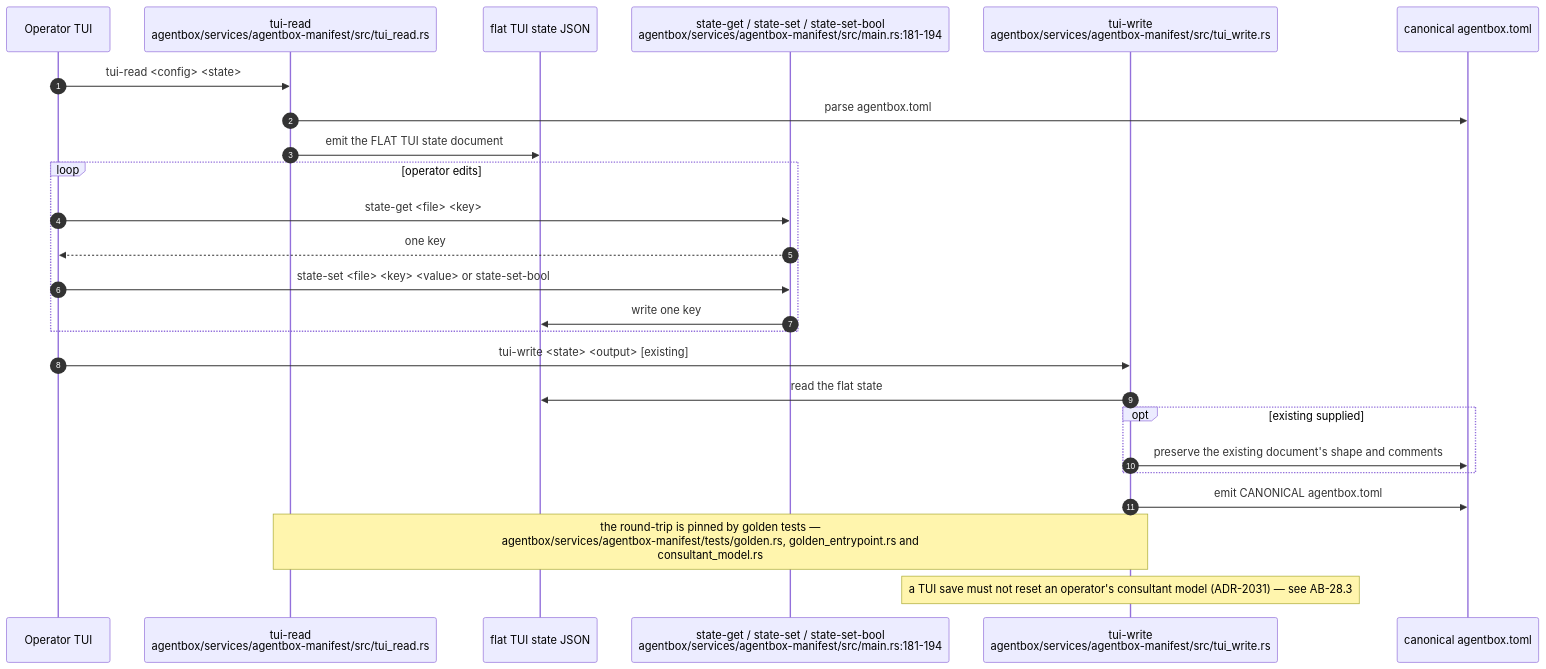
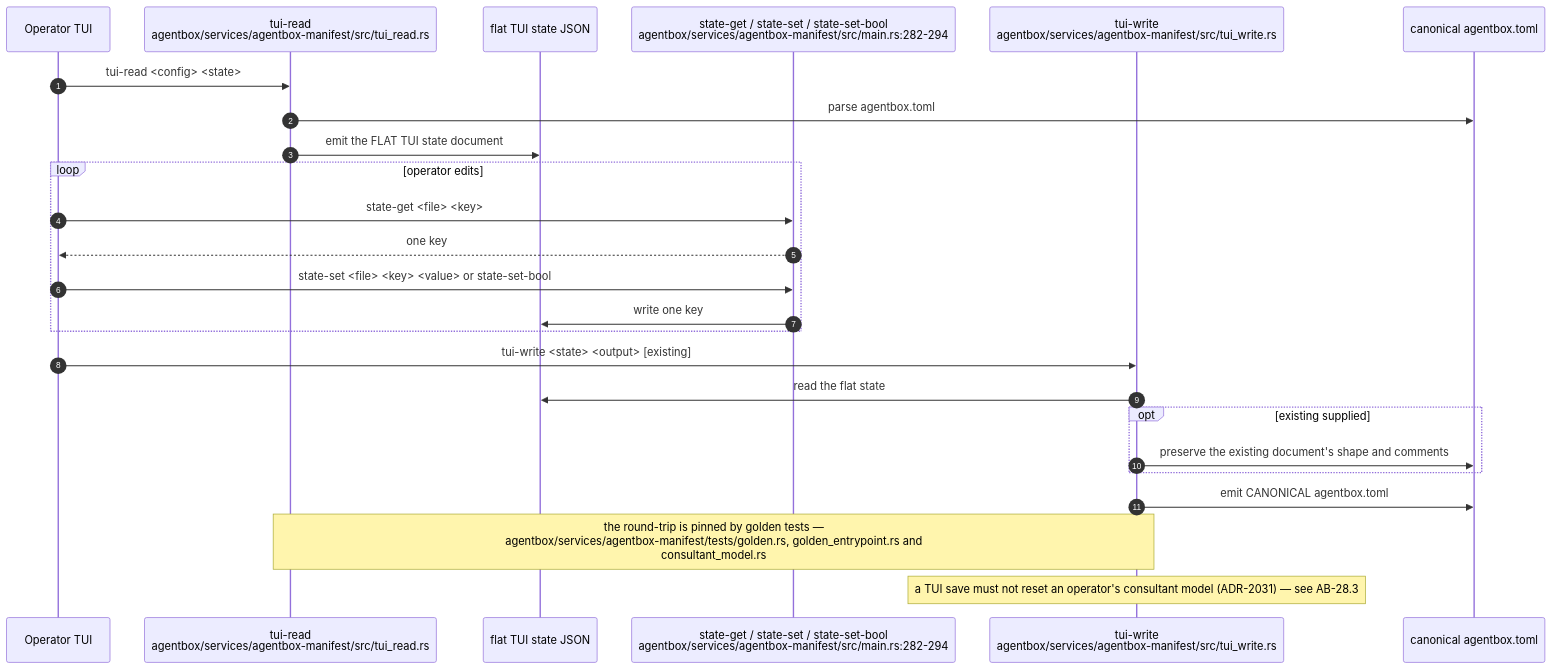
One commit to DreamLab-AI/VisionFlow changed the fourth of 10 diagrams in docs/diagrams/agentbox/28-agentbox-services-and-manifest-binary.md. Above: the diagram before and after it, drawn with Mermaid. The commit also changed other lines of this file and 80 other files, not shown here.

First line of the commit message:
docs(diagrams): re-verify the agentbox, dreamlab, estate and visionflow corpus against current sources

````diff
--- a/docs/diagrams/agentbox/28-agentbox-services-and-manifest-binary.md
+++ b/docs/diagrams/agentbox/28-agentbox-services-and-manifest-binary.md
@@ -197,28 +205,28 @@
 ```mermaid
 sequenceDiagram
     autonumber
     participant OP as Operator TUI
     participant RD as tui-read<br/>agentbox/services/agentbox-manifest/src/tui_read.rs
     participant STATE as flat TUI state JSON
-    participant GET as state-get / state-set / state-set-bool<br/>agentbox/services/agentbox-manifest/src/main.rs:181-194
+    participant GET as state-get / state-set / state-set-bool<br/>agentbox/services/agentbox-manifest/src/main.rs:282-294
     participant WR as tui-write<br/>agentbox/services/agentbox-manifest/src/tui_write.rs
     participant TOML as canonical agentbox.toml
 
     OP->>RD: tui-read <config> <state>
     RD->>TOML: parse agentbox.toml
     RD->>STATE: emit the FLAT TUI state document
     loop operator edits
         OP->>GET: state-get <file> <key>
         GET-->>OP: one key
         OP->>GET: state-set <file> <key> <value> or state-set-bool
         GET->>STATE: write one key
     end
     OP->>WR: tui-write <state> <output> [existing]
     WR->>STATE: read the flat state
     opt existing supplied
         WR->>TOML: preserve the existing document's shape and comments
     end
     WR->>TOML: emit CANONICAL agentbox.toml
     Note over RD,WR: the round-trip is pinned by golden tests —<br/>agentbox/services/agentbox-manifest/tests/golden.rs, golden_entrypoint.rs and<br/>consultant_model.rs
     Note over WR: a TUI save must not reset an operator's consultant model (ADR-2031) — see AB-28.3
 ```
````
